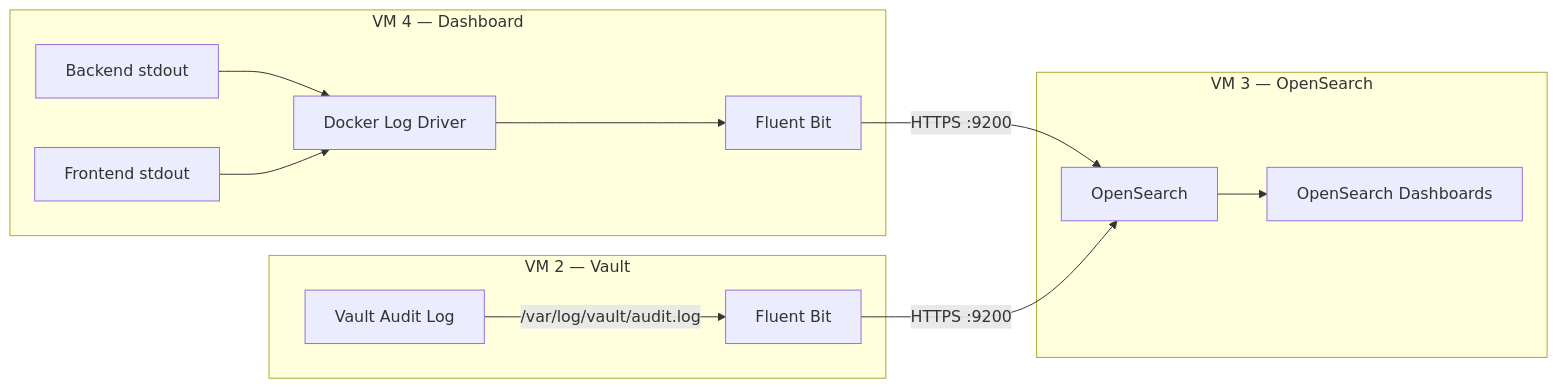
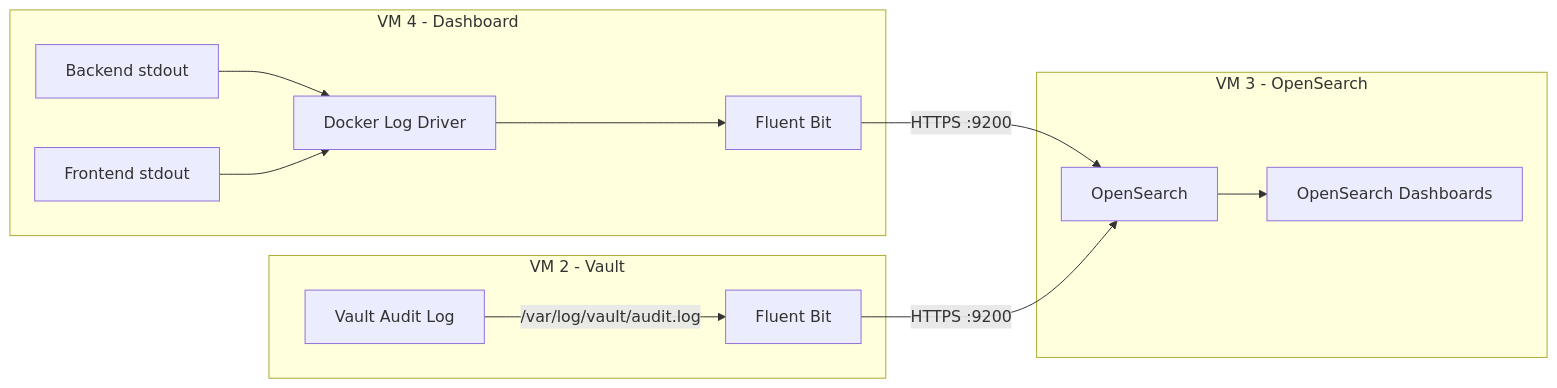
The diagram in docs/architecture/logging.md (sctsivali/orcastra-docs), drawn with Mermaid before and after one commit. The commit also changed other lines of this file and 18 other files, not shown here.

````diff
--- a/docs/architecture/logging.md
+++ b/docs/architecture/logging.md
@@ -18,27 +18,27 @@
 ```mermaid
 graph LR
-    subgraph VM4["VM 4 — Dashboard"]
+    subgraph VM4["VM 4 - Dashboard"]
         BE[Backend stdout]
         FE[Frontend stdout]
         DOCKER[Docker Log Driver]
         FB4[Fluent Bit]
         BE --> DOCKER
         FE --> DOCKER
         DOCKER --> FB4
     end
 
-    subgraph VM2["VM 2 — Vault"]
+    subgraph VM2["VM 2 - Vault"]
         VAULT[Vault Audit Log]
         FB2[Fluent Bit]
         VAULT -->|/var/log/vault/audit.log| FB2
     end
 
-    subgraph VM3["VM 3 — OpenSearch"]
+    subgraph VM3["VM 3 - OpenSearch"]
         OS[OpenSearch]
         OSD[OpenSearch Dashboards]
         OS --> OSD
     end
 
     FB4 -->|HTTPS :9200| OS
     FB2 -->|HTTPS :9200| OS
 ```
````
